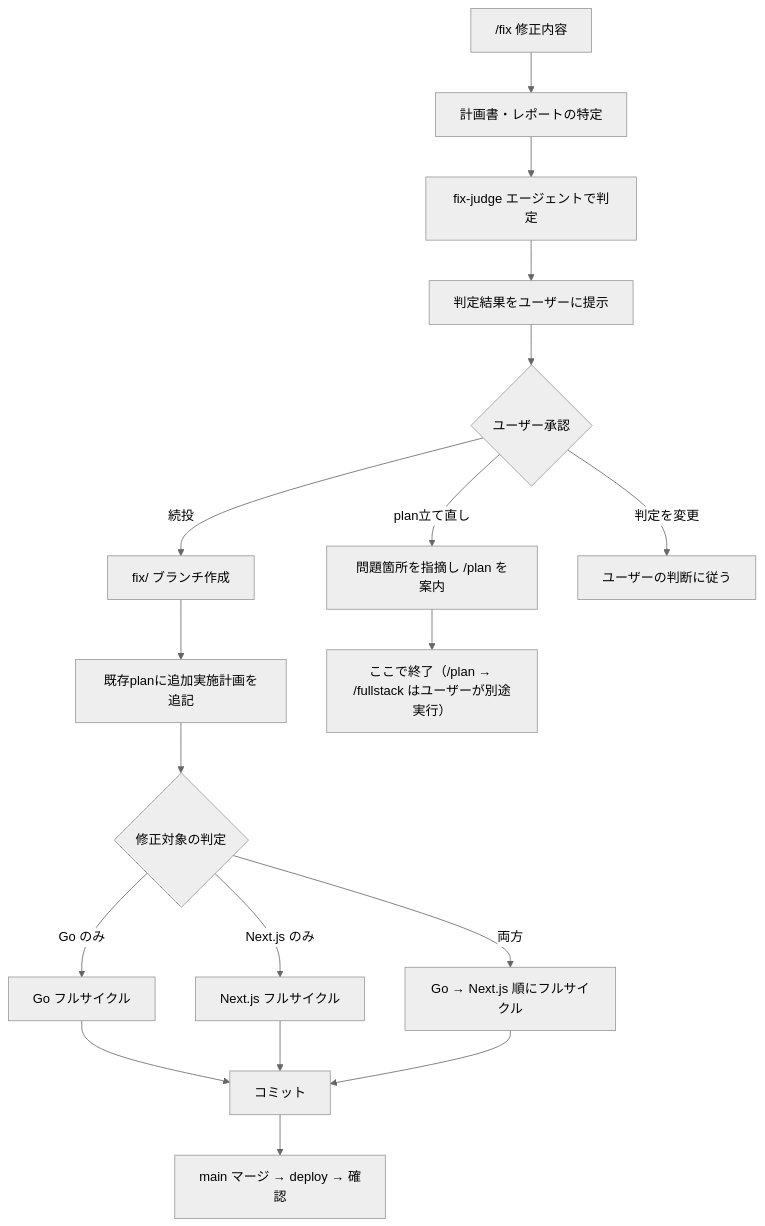
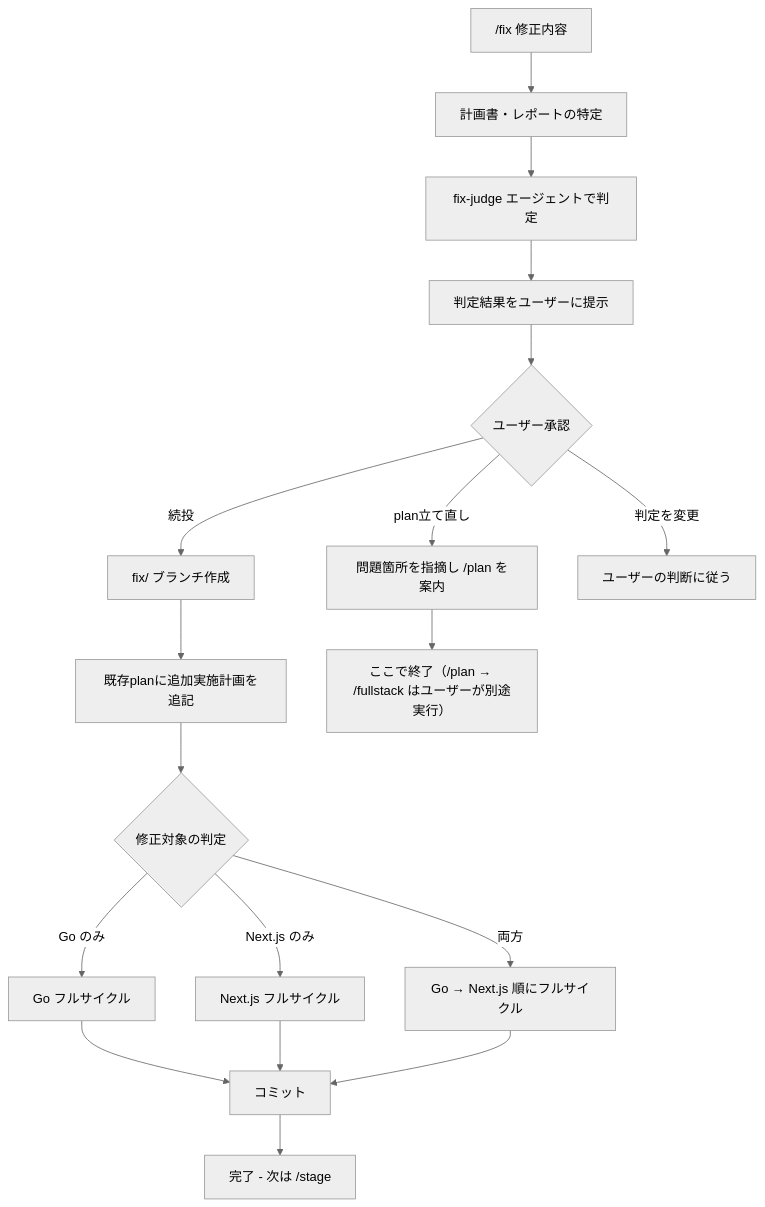
The diagram in .claude/commands/fix.md (nyan-tama/Ghostrunner), drawn with Mermaid (neutral theme) before and after one commit. The commit also changed other lines of this file and 14 other files, not shown here.

````diff
--- a/.claude/commands/fix.md
+++ b/.claude/commands/fix.md
@@ -17,25 +17,25 @@
 ```mermaid
 flowchart TD
     START["/fix 修正内容"] --> FIND["計画書・レポートの特定"]
     FIND --> JUDGE["fix-judge エージェントで判定"]
     JUDGE --> PRESENT["判定結果をユーザーに提示"]
     PRESENT --> APPROVE{"ユーザー承認"}
 
     APPROVE -->|続投| BRANCH["fix/ ブランチ作成"]
     APPROVE -->|plan立て直し| ADVISE["問題箇所を指摘し /plan を案内"]
     APPROVE -->|判定を変更| OVERRIDE["ユーザーの判断に従う"]
 
     BRANCH --> APPEND["既存planに追加実施計画を追記"]
     APPEND --> DETECT{"修正対象の判定"}
 
     DETECT -->|Go のみ| GO_CYCLE["Go フルサイクル"]
     DETECT -->|Next.js のみ| NJ_CYCLE["Next.js フルサイクル"]
     DETECT -->|両方| BOTH["Go → Next.js 順にフルサイクル"]
 
     GO_CYCLE --> COMMIT["コミット"]
     NJ_CYCLE --> COMMIT
     BOTH --> COMMIT
-    COMMIT --> MERGE["main マージ → deploy → 確認"]
+    COMMIT --> DONE["完了 - 次は /stage"]
 
     ADVISE --> END_PLAN["ここで終了（/plan → /fullstack はユーザーが別途実行）"]
 ```
````
